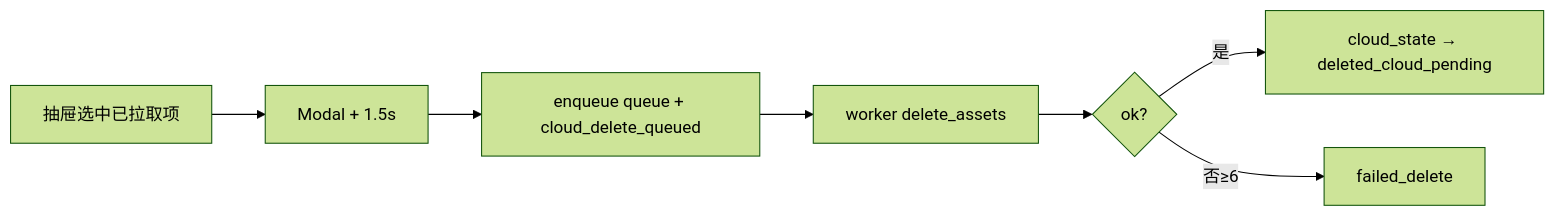
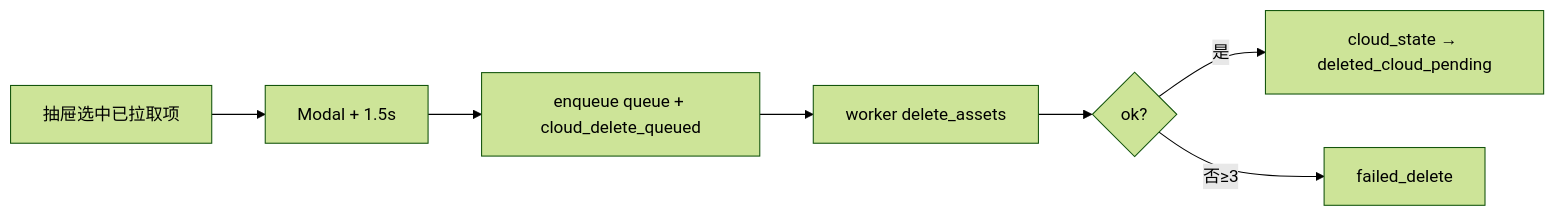
One commit to cz6c/ll-admin changed the third of 3 diagrams in apps/admin/src/views/album/cloudSyncFlow.md. Above: the diagram before and after it, drawn with Mermaid (forest theme). The commit also changed other lines of this file and 3 other files, not shown here.

````diff
--- a/apps/admin/src/views/album/cloudSyncFlow.md
+++ b/apps/admin/src/views/album/cloudSyncFlow.md
@@ -92,9 +92,9 @@
 ```mermaid
 flowchart LR
   A[抽屉选中已拉取项] --> B[Modal + 1.5s]
   B --> C[enqueue queue + cloud_delete_queued]
   C --> D[worker delete_assets]
   D --> E{ok?}
   E -->|是| F[cloud_state → deleted_cloud_pending]
-  E -->|否≥6| G[failed_delete]
+  E -->|否≥3| G[failed_delete]
 ```
````
